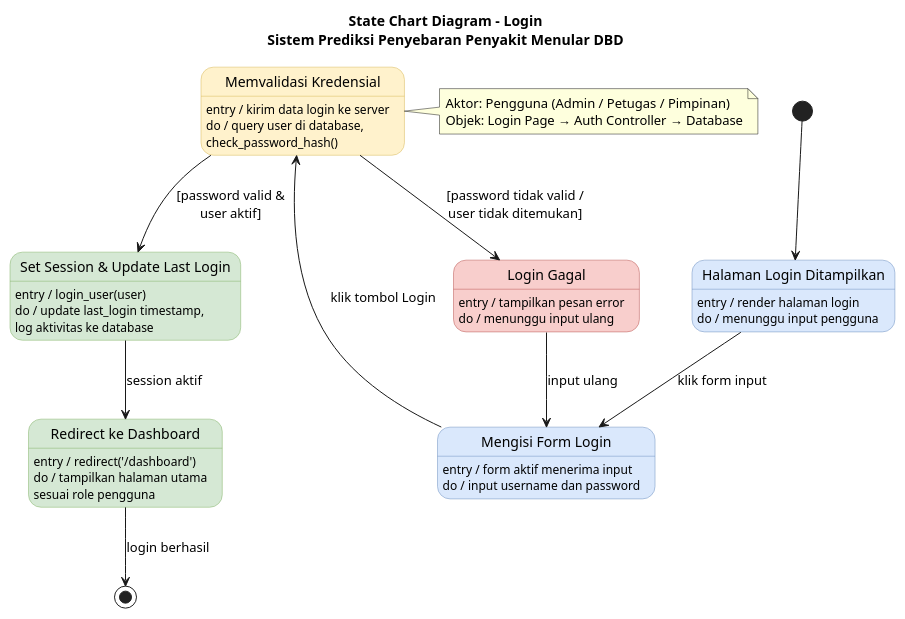
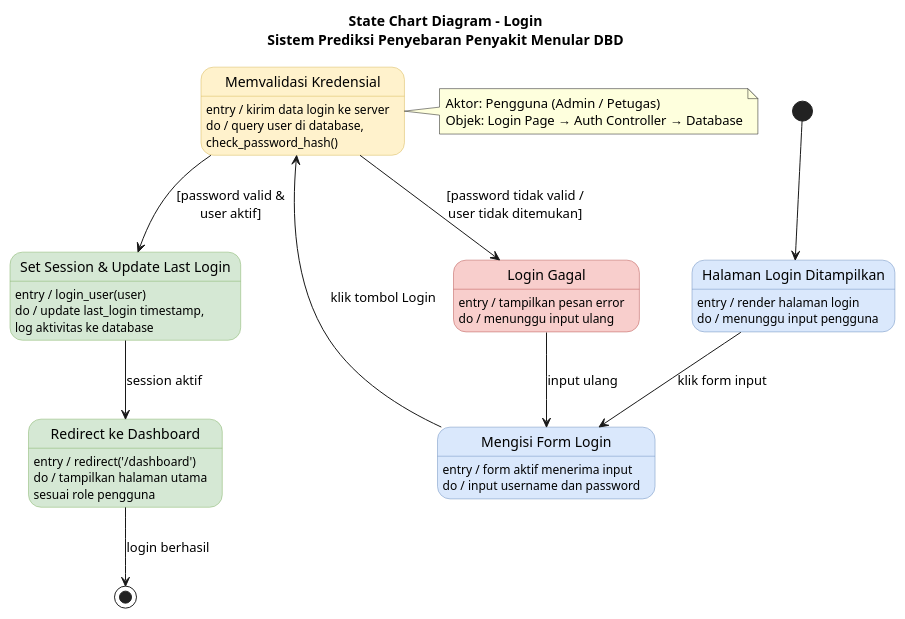
Before and after one commit to Suwardi87/prediksi-DBD: the diagram in Dokumen/UML/state_chart_login.puml, drawn with PlantUML. The commit also changed 43 other files, not shown here.

```diff
--- a/Dokumen/UML/state_chart_login.puml
+++ b/Dokumen/UML/state_chart_login.puml
@@ -1,63 +1,63 @@
 @startuml State Chart - Login
 title State Chart Diagram - Login\nSistem Prediksi Penyebaran Penyakit Menular DBD
 
 skinparam state {
   BackgroundColor<<blue>> #dae8fc
   BorderColor<<blue>> #6c8ebf
   BackgroundColor<<yellow>> #fff2cc
   BorderColor<<yellow>> #d6b656
   BackgroundColor<<green>> #d5e8d4
   BorderColor<<green>> #82b366
   BackgroundColor<<red>> #f8cecc
   BorderColor<<red>> #b85450
 }
 
 [*] --> HalamanLogin
 
 state "Halaman Login Ditampilkan" as HalamanLogin <<blue>> {
 }
 HalamanLogin : entry / render halaman login
 HalamanLogin : do / menunggu input pengguna
 
 state "Mengisi Form Login" as MengisiForm <<blue>> {
 }
 MengisiForm : entry / form aktif menerima input
 MengisiForm : do / input username dan password
 
 state "Memvalidasi Kredensial" as Validasi <<yellow>> {
 }
 Validasi : entry / kirim data login ke server
 Validasi : do / query user di database,
 Validasi :       check_password_hash()
 
 state "Login Gagal" as LoginGagal <<red>> {
 }
 LoginGagal : entry / tampilkan pesan error
 LoginGagal : do / menunggu input ulang
 
 state "Set Session & Update Last Login" as SetSession <<green>> {
 }
 SetSession : entry / login_user(user)
 SetSession : do / update last_login timestamp,
 SetSession :       log aktivitas ke database
 
 state "Redirect ke Dashboard" as Dashboard <<green>> {
 }
 Dashboard : entry / redirect('/dashboard')
 Dashboard : do / tampilkan halaman utama
 Dashboard :       sesuai role pengguna
 
 HalamanLogin --> MengisiForm : klik form input
 MengisiForm --> Validasi : klik tombol Login
 Validasi --> LoginGagal : [password tidak valid /\nuser tidak ditemukan]
 Validasi --> SetSession : [password valid &\nuser aktif]
 LoginGagal --> MengisiForm : input ulang
 SetSession --> Dashboard : session aktif
 Dashboard --> [*] : login berhasil
 
 note right of Validasi
-  Aktor: Pengguna (Admin / Petugas / Pimpinan)
+  Aktor: Pengguna (Admin / Petugas)
   Objek: Login Page → Auth Controller → Database
 end note
 
 @enduml
```
